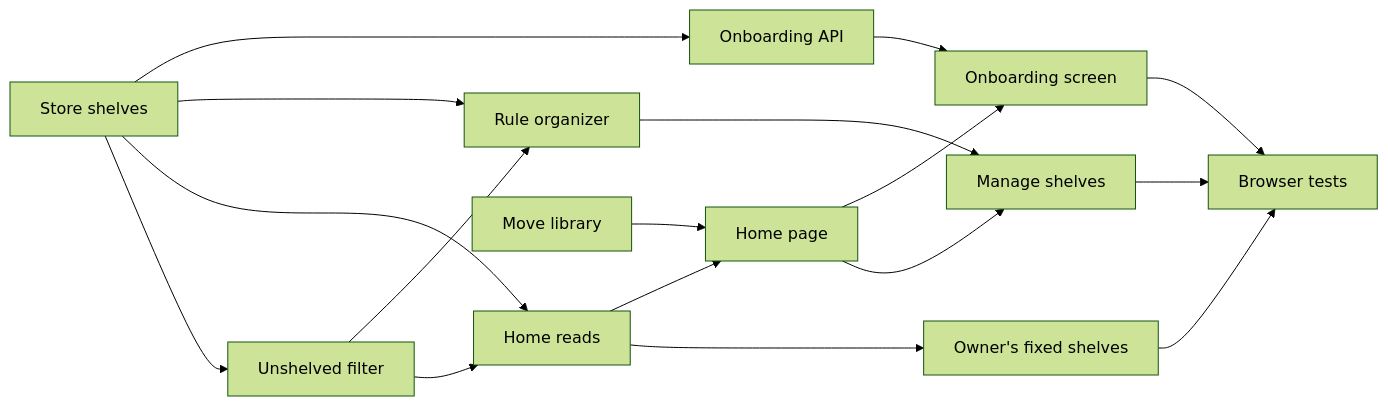
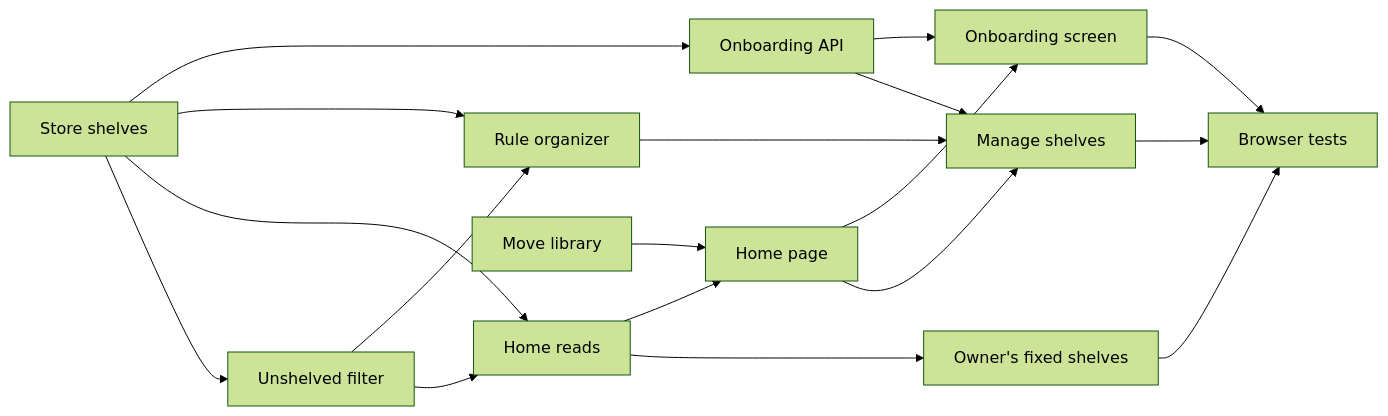
Before and after one commit to syudead/vv: the second of 2 diagrams in specs/057-home/plan.md, drawn with Mermaid (forest theme). The commit also changed 1 other file, not shown here.

Commit message:
docs(specs/057-home): 単位の依存図にもオンボーディング API から棚の管理への辺を足す
Refs #1140

Claude-Session: https://claude.ai/code/session_015UQ99qGpMFxxYr31Dg1pCy

````diff
--- a/specs/057-home/plan.md
+++ b/specs/057-home/plan.md
@@ -168,19 +168,20 @@
 ```mermaid
 flowchart LR
   store[Store shelves] --> unshelved[Unshelved filter]
   store --> reads[Home reads]
   unshelved --> reads
   reads --> fixed[Owner's fixed shelves]
   unshelved --> rules[Rule organizer]
   store --> rules
   store --> ob[Onboarding API]
   move[Move library] --> page[Home page]
   reads --> page
   page --> manage[Manage shelves]
   rules --> manage
+  ob --> manage
   ob --> obpage[Onboarding screen]
   page --> obpage
   fixed --> e2e[Browser tests]
   manage --> e2e
   obpage --> e2e
 ```
````
